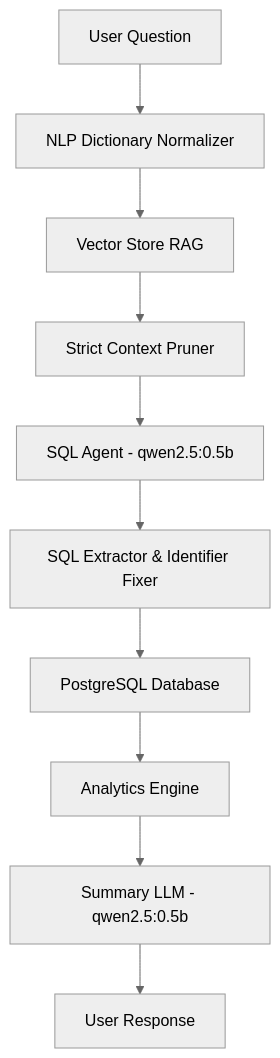
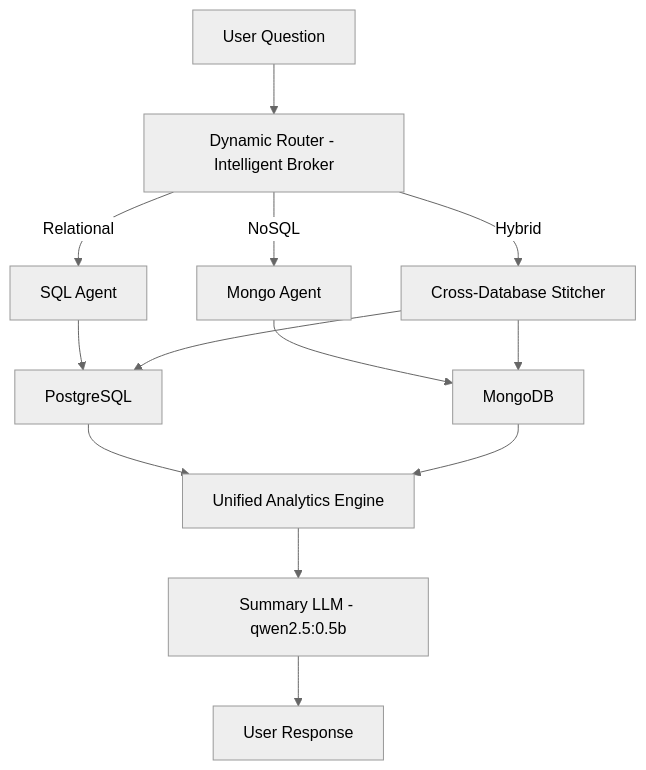
Before and after one commit to ankushsutar/ai-exec: the diagram in Architecture.md, drawn with Mermaid (neutral theme). The commit also changed other lines of this file and 18 other files, not shown here.

````diff
--- a/Architecture.md
+++ b/Architecture.md
@@ -9,12 +22,17 @@
 ```mermaid
 graph TD
-    A[User Question] --> B[NLP Dictionary Normalizer]
-    B --> C[Vector Store RAG]
-    C --> D[Strict Context Pruner]
-    D --> E[SQL Agent - qwen2.5:0.5b]
-    E --> F[SQL Extractor & Identifier Fixer]
-    F --> G[PostgreSQL Database]
-    G --> H[Analytics Engine]
+    A[User Question] --> B[Dynamic Router - Intelligent Broker]
+    B -- "Relational" --> C[SQL Agent]
+    B -- "NoSQL" --> D[Mongo Agent]
+    B -- "Hybrid" --> E[Cross-Database Stitcher]
+
+    C --> F[PostgreSQL]
+    D --> G[MongoDB]
+    E --> F
+    E --> G
+
+    F --> H[Unified Analytics Engine]
+    G --> H
     H --> I[Summary LLM - qwen2.5:0.5b]
     I --> J[User Response]
 ```
````
